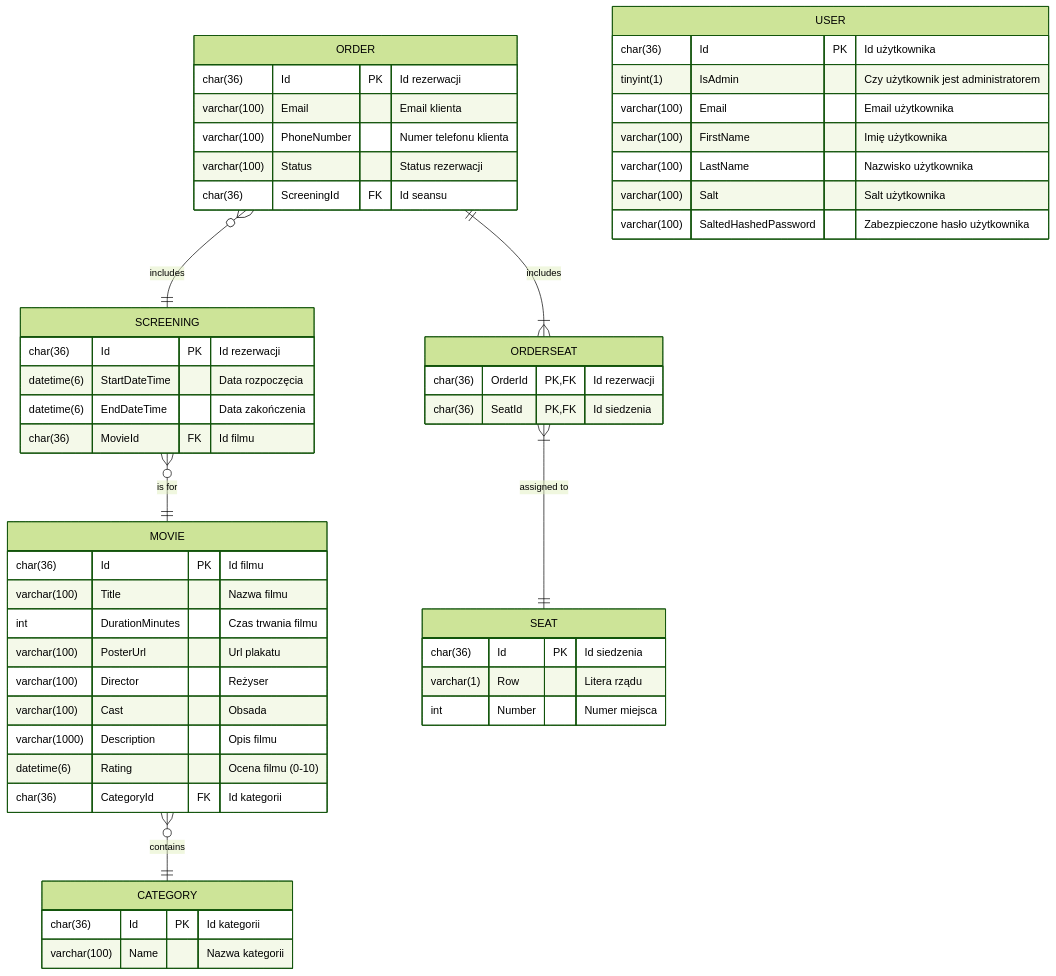
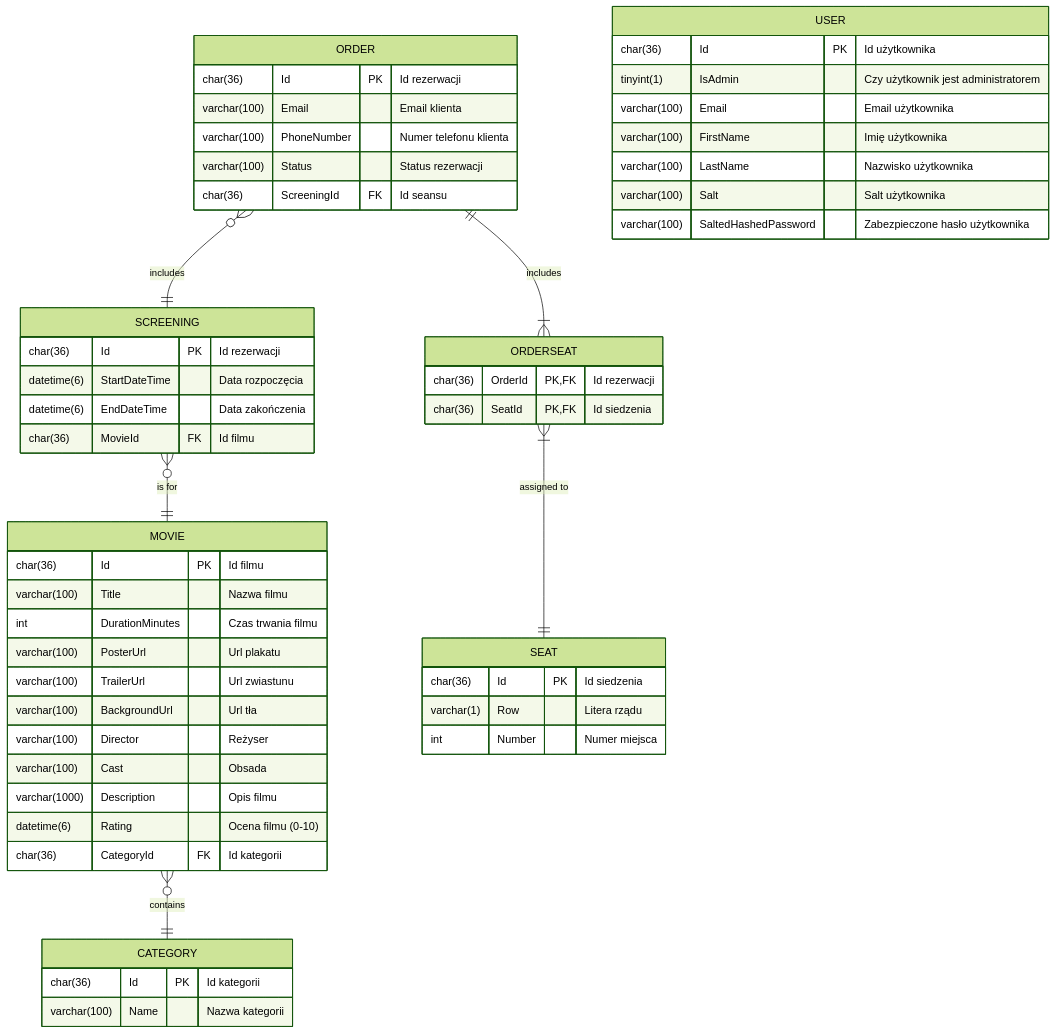
One commit to NorbertKaczmarek/cinema changed the diagram in README.md. Above: the diagram before and after it, drawn with Mermaid (forest theme). The commit also changed 8 other files, not shown here.

Commit message:
Added TrailerUrl and BackgroundUrl

````diff
--- a/README.md
+++ b/README.md
@@ -15,62 +15,64 @@
 ```mermaid
 erDiagram
     ORDER       }o--||  SCREENING   : "includes"
     SCREENING   }o--||  MOVIE       : "is for"
     MOVIE       }o--||  CATEGORY    : "contains"
     
     ORDER       ||--|{  ORDERSEAT   : "includes"
     ORDERSEAT   }|--||  SEAT        : "assigned to"
 
     ORDER {
         char(36)        Id              PK  "Id rezerwacji"
         varchar(100)    Email               "Email klienta"
         varchar(100)    PhoneNumber         "Numer telefonu klienta"
         varchar(100)    Status              "Status rezerwacji"
         char(36)        ScreeningId     FK  "Id seansu"
     }
 
     SCREENING {
         char(36)        Id              PK  "Id rezerwacji"
         datetime(6)     StartDateTime       "Data rozpoczęcia"
         datetime(6)     EndDateTime         "Data zakończenia"
         char(36)        MovieId         FK  "Id filmu"
     }
     
     MOVIE {
         char(36)        Id              PK  "Id filmu"
         varchar(100)    Title               "Nazwa filmu"
         int             DurationMinutes     "Czas trwania filmu"
         varchar(100)    PosterUrl           "Url plakatu"
+        varchar(100)    TrailerUrl          "Url zwiastunu"
+        varchar(100)    BackgroundUrl       "Url tła"
         varchar(100)    Director            "Reżyser"
         varchar(100)    Cast                "Obsada"
         varchar(1000)   Description         "Opis filmu"
         datetime(6)     Rating              "Ocena filmu (0-10)"
         char(36)        CategoryId      FK  "Id kategorii"
     }
     
     CATEGORY {
         char(36)        Id              PK  "Id kategorii"
         varchar(100)    Name                "Nazwa kategorii"
     }
     
     SEAT {
         char(36)        Id              PK  "Id siedzenia"
         varchar(1)      Row                 "Litera rządu"
         int             Number              "Numer miejsca"
     }
     
     ORDERSEAT {
         char(36)        OrderId         PK,FK  	"Id rezerwacji"
         char(36)        SeatId          PK,FK  	"Id siedzenia"
     }
     
     USER {
         char(36)        Id              PK  	"Id użytkownika"
         tinyint(1)      IsAdmin             	"Czy użytkownik jest administratorem"
         varchar(100)    Email               	"Email użytkownika"
         varchar(100)    FirstName           	"Imię użytkownika"
         varchar(100)    LastName            	"Nazwisko użytkownika"
         varchar(100)    Salt		        	"Salt użytkownika"
         varchar(100)    SaltedHashedPassword	"Zabezpieczone hasło użytkownika"
     }
 ```
````
